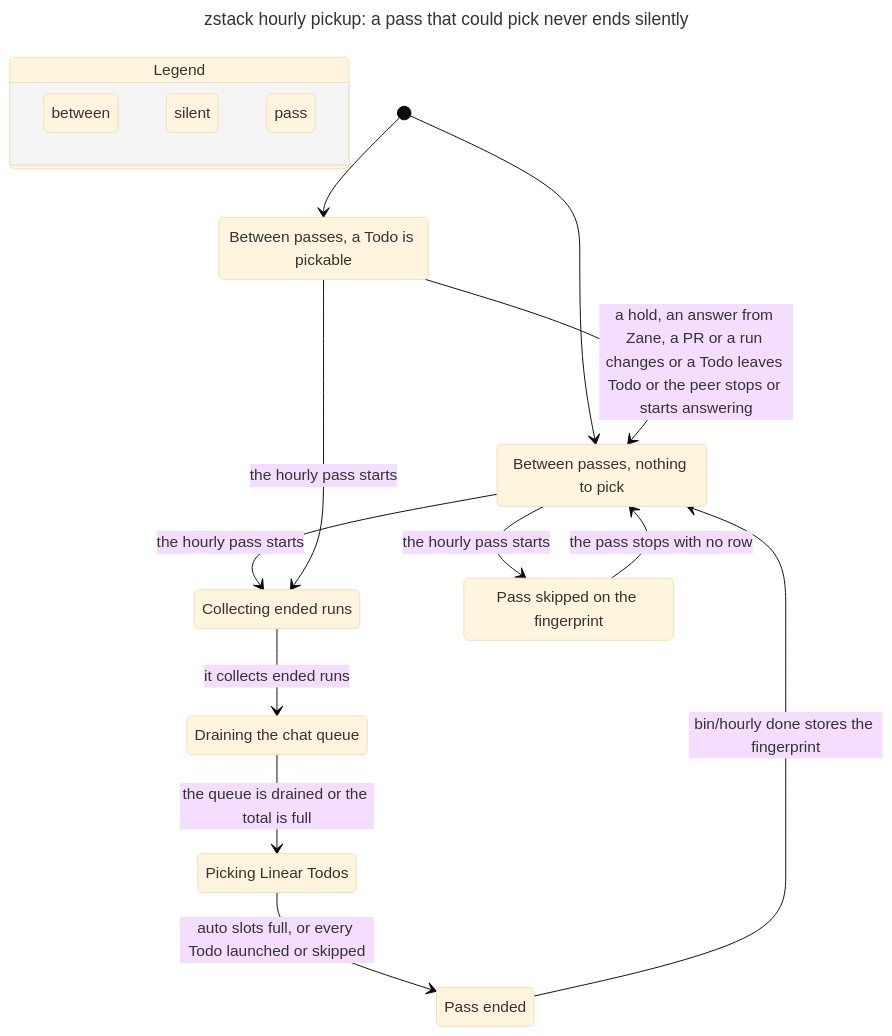
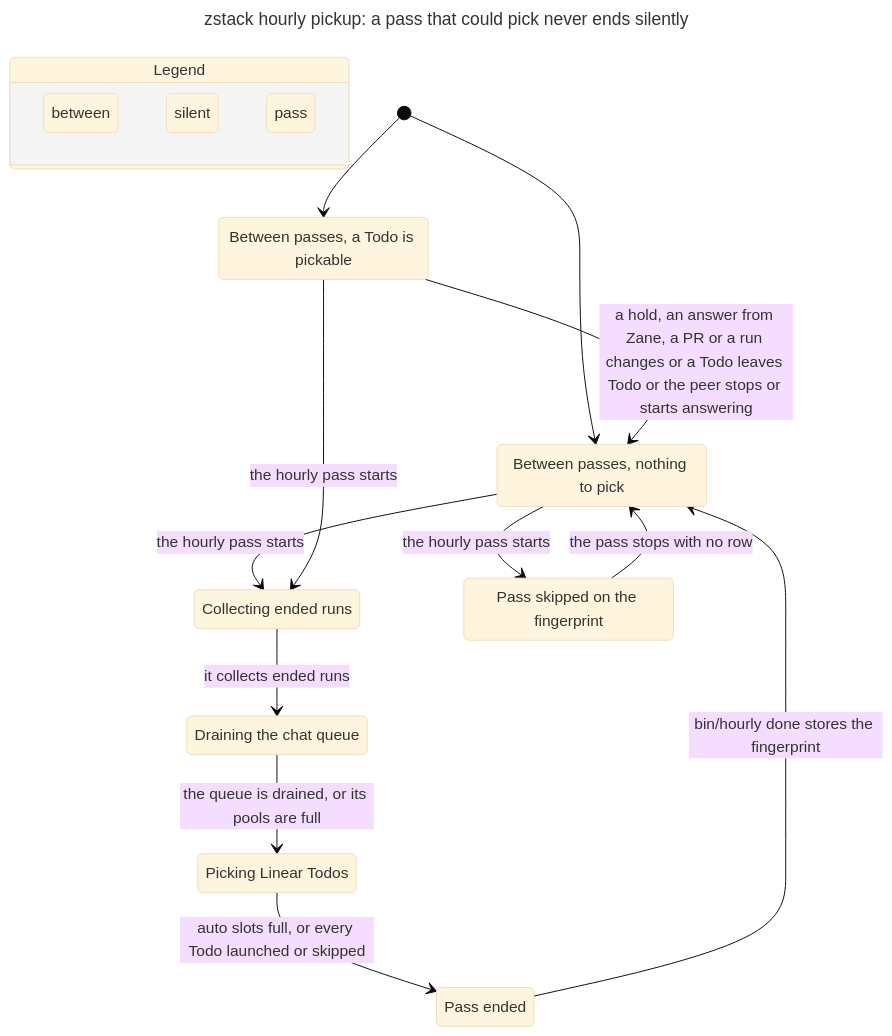
One commit to injaneity/zstack changed the diagram in model/Hourly.mmd. Above: the diagram before and after it, drawn with Mermaid (base theme). The commit also changed 23 other files, not shown here.

```diff
--- a/model/Hourly.mmd
+++ b/model/Hourly.mmd
@@ -1,37 +1,37 @@
 ---
 title: "zstack hourly pickup: a pass that could pick never ends silently"
 ---
 stateDiagram-v2
   state "Legend" as legend {
     lg0: between
     lg1: silent
     lg2: pass
   }
   class lg0 blue
   class lg1 orange
   class lg2 teal
   s0: Between passes, nothing to pick
   s1: Between passes, a Todo is pickable
   s2: Collecting ended runs
   s3: Draining the chat queue
   s4: Picking Linear Todos
   s5: Pass ended
   s6: Pass skipped on the fingerprint
   [*] --> s0
   [*] --> s1
   s0 --> s2: the hourly pass starts
   s1 --> s0: a hold, an answer from Zane, a PR or a run changes or a Todo leaves Todo or the peer stops or starts answering
   s1 --> s2: the hourly pass starts
   s2 --> s3: it collects ended runs
-  s3 --> s4: the queue is drained or the total is full
+  s3 --> s4: the queue is drained, or its pools are full
   s4 --> s5: auto slots full, or every Todo launched or skipped
   s5 --> s0: bin/hourly done stores the fingerprint
   s0 --> s6: the hourly pass starts
   s6 --> s0: the pass stops with no row
   class s0 blue
   class s1 blue
   class s2 teal
   class s3 teal
   class s4 teal
   class s5 teal
   class s6 orange
```
